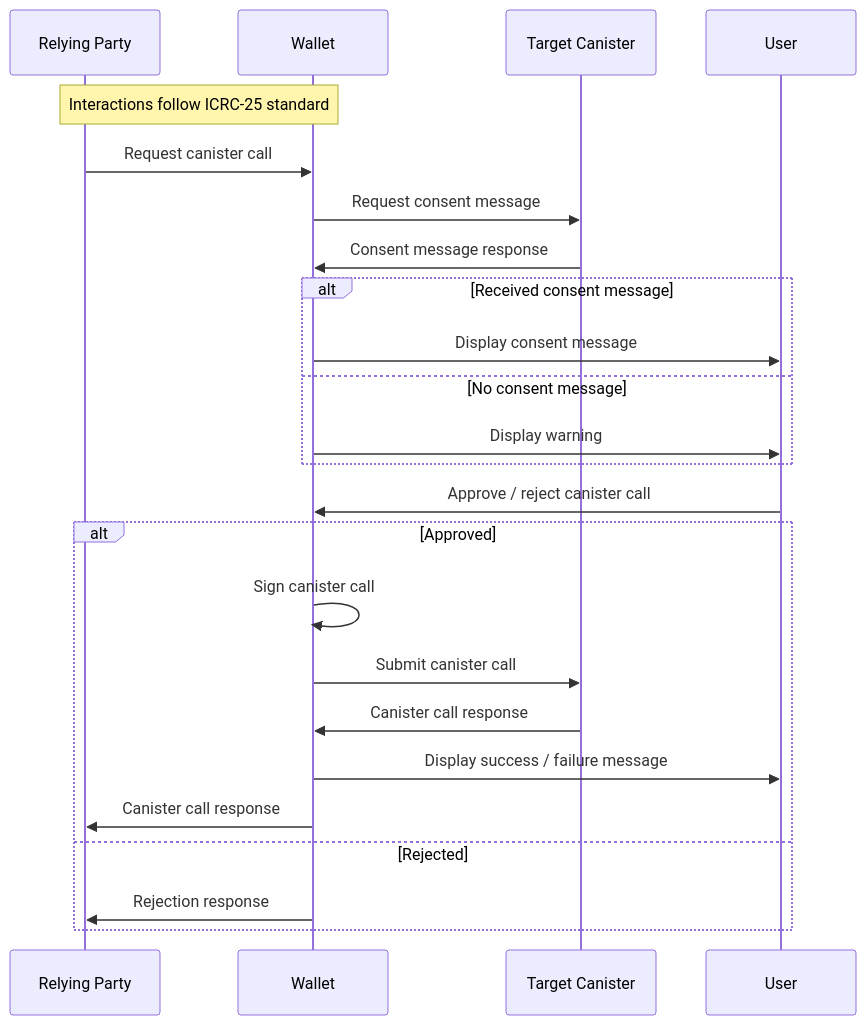
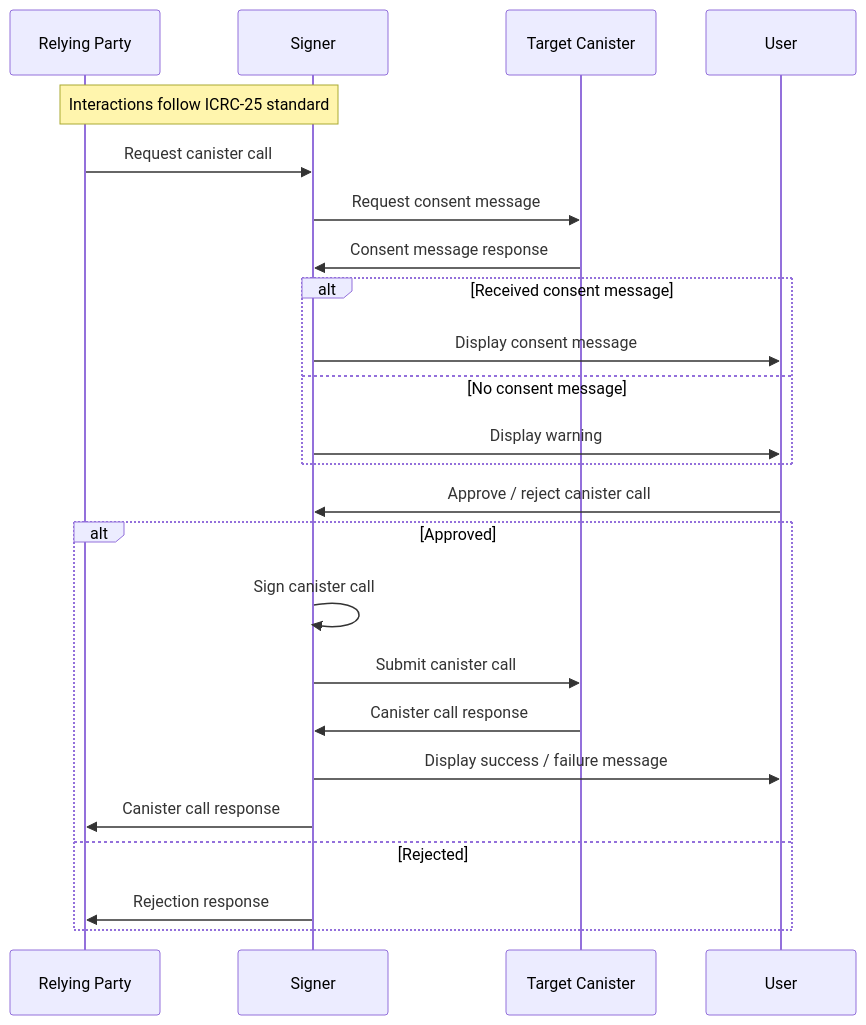
The first of 2 diagrams in topics/icrc_21_consent_msg.md (dfinity/wg-identity-authentication), drawn with Mermaid before and after one commit. The commit also changed other lines of this file, not shown here.

First line of the commit message:
ICRC-21: Update standard to reflect signer rename in ICRC-25

````diff
--- a/topics/icrc_21_consent_msg.md
+++ b/topics/icrc_21_consent_msg.md
@@ -132,27 +132,27 @@
 ```mermaid
 sequenceDiagram
     participant RP as Relying Party
-    participant W as Wallet
+    participant S as Signer
     participant T as Target Canister
     participant U as User
 
-    Note over RP, W: Interactions follow ICRC-25 standard
-    RP ->> W: Request canister call
-    W ->> T: Request consent message
-    T ->> W: Consent message response
+    Note over RP, S: Interactions follow ICRC-25 standard
+    RP ->> S: Request canister call
+    S ->> T: Request consent message
+    T ->> S: Consent message response
     alt Received consent message
-        W ->> U: Display consent message
+        S ->> U: Display consent message
     else No consent message
-        W ->> U: Display warning
+        S ->> U: Display warning
     end
-    U ->> W: Approve / reject canister call
+    U ->> S: Approve / reject canister call
     alt Approved
-    W ->> W: Sign canister call
-    W ->> T: Submit canister call
-    T ->> W: Canister call response
-    W ->> U: Display success / failure message
-    W ->> RP: Canister call response
+    S ->> S: Sign canister call
+    S ->> T: Submit canister call
+    T ->> S: Canister call response
+    S ->> U: Display success / failure message
+    S ->> RP: Canister call response
     else Rejected
-    W ->> RP: Rejection response
+    S ->> RP: Rejection response
     end
 ```
````
